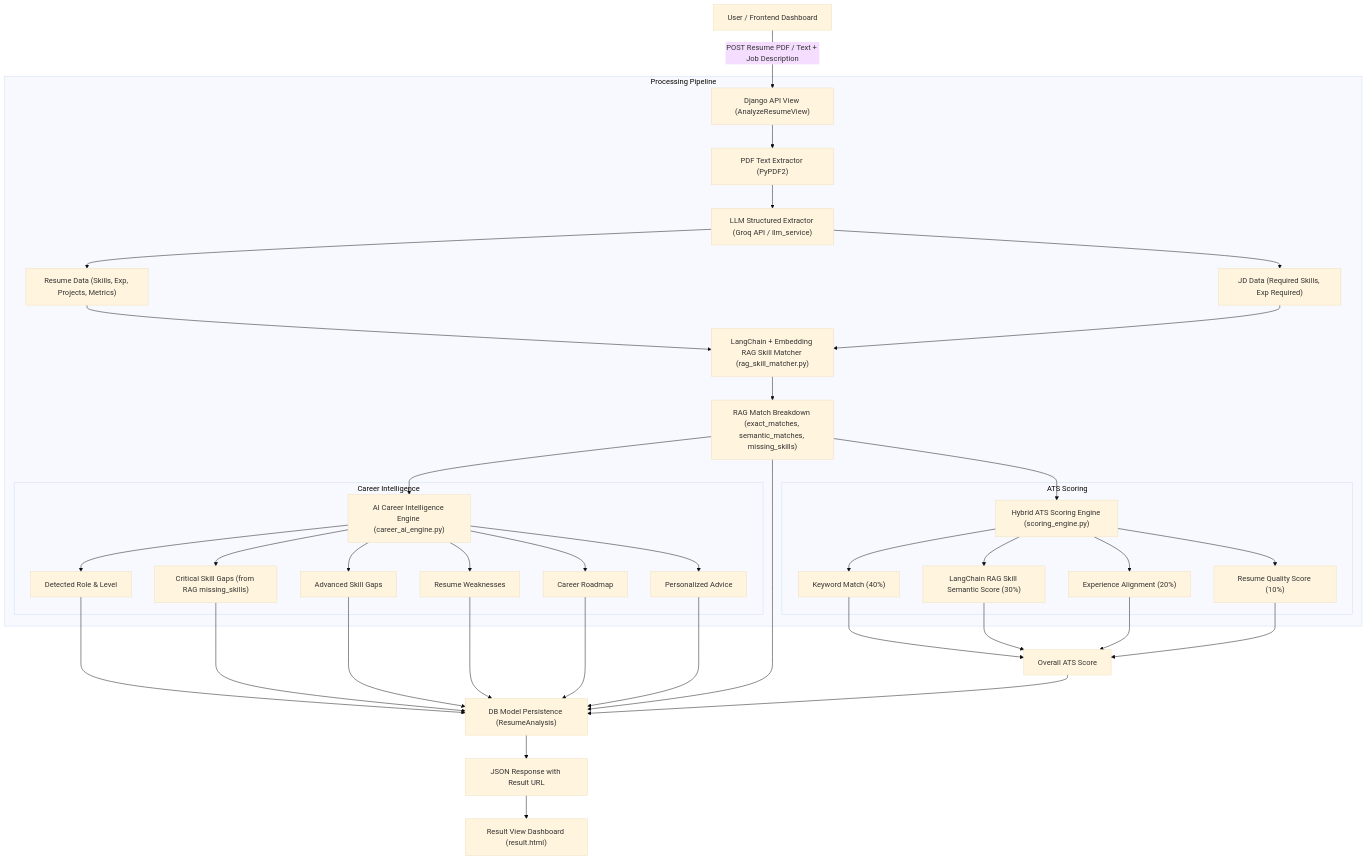
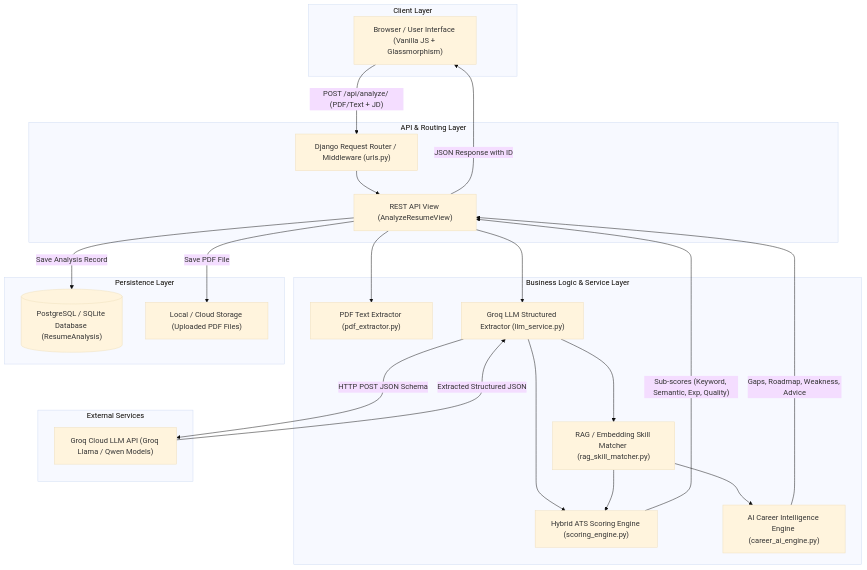
Before and after one commit to Neminath-jain/ResumeIQ: the first of 2 diagrams in ARCHITECTURE.md, drawn with Mermaid (base theme). The commit also changed other lines of this file and 17 other files, not shown here.

Commit message:
fix: LLM JSON parsing, database fallback, user registration error, and add email/username login backend

````diff
--- a/ARCHITECTURE.md
+++ b/ARCHITECTURE.md
@@ -15,41 +47,47 @@
 ```mermaid
 flowchart TD
-    A["User / Frontend Dashboard"] -->|"POST Resume PDF / Text + Job Description"| B["Django API View (AnalyzeResumeView)"]
+    subgraph Client Layer
+        U["Browser / User Interface (Vanilla JS + Glassmorphism)"]
+    end
+
+    subgraph API & Routing Layer
+        R["Django Request Router / Middleware (urls.py)"]
+        V["REST API View (AnalyzeResumeView)"]
+        R --> V
+    end
+
+    subgraph Business Logic & Service Layer
+        P["PDF Text Extractor (pdf_extractor.py)"]
+        L["Groq LLM Structured Extractor (llm_service.py)"]
+        RAG["RAG / Embedding Skill Matcher (rag_skill_matcher.py)"]
+        S["Hybrid ATS Scoring Engine (scoring_engine.py)"]
+        C["AI Career Intelligence Engine (career_ai_engine.py)"]
+    end
+
+    subgraph Persistence Layer
+        DB[("PostgreSQL / SQLite Database (ResumeAnalysis)")]
+        FS["Local / Cloud Storage (Uploaded PDF Files)"]
+    end
+
+    subgraph External Services
+        GROQ["Groq Cloud LLM API (Groq Llama / Qwen Models)"]
+    end
+
+    U -->|"POST /api/analyze/ (PDF/Text + JD)"| R
+    V --> P
+    V --> L
+    L -->|"HTTP POST JSON Schema"| GROQ
+    GROQ -->|"Extracted Structured JSON"| L
     
-    subgraph Processing Pipeline
-        B --> C["PDF Text Extractor (PyPDF2)"]
-        C --> D["LLM Structured Extractor (Groq API / llm_service)"]
-        
-        D --> E1["Resume Data (Skills, Exp, Projects, Metrics)"]
-        D --> E2["JD Data (Required Skills, Exp Required)"]
-        
-        E1 & E2 --> RAG["LangChain + Embedding RAG Skill Matcher (rag_skill_matcher.py)"]
-        RAG --> RAG_OUT["RAG Match Breakdown (exact_matches, semantic_matches, missing_skills)"]
-        
-        RAG_OUT --> F["Hybrid ATS Scoring Engine (scoring_engine.py)"]
-        RAG_OUT --> G["AI Career Intelligence Engine (career_ai_engine.py)"]
-        
-        subgraph ATS Scoring
-            F --> F1["Keyword Match (40%)"]
-            F --> F2["LangChain RAG Skill Semantic Score (30%)"]
-            F --> F3["Experience Alignment (20%)"]
-            F --> F4["Resume Quality Score (10%)"]
-        end
-        
-        subgraph Career Intelligence
-            G --> G1["Detected Role & Level"]
-            G --> G2["Critical Skill Gaps (from RAG missing_skills)"]
-            G --> G3["Advanced Skill Gaps"]
-            G --> G4["Resume Weaknesses"]
-            G --> G5["Career Roadmap"]
-            G --> G6["Personalized Advice"]
-        end
-    end
+    L --> RAG
+    L --> S
+    RAG --> S
+    RAG --> C
     
-    F1 & F2 & F3 & F4 --> H["Overall ATS Score"]
-    G1 & G2 & G3 & G4 & G5 & G6 & RAG_OUT --> I["DB Model Persistence (ResumeAnalysis)"]
-    H --> I
+    S -->|"Sub-scores (Keyword, Semantic, Exp, Quality)"| V
+    C -->|"Gaps, Roadmap, Weakness, Advice"| V
     
-    I --> J["JSON Response with Result URL"]
-    J --> K["Result View Dashboard (result.html)"]
+    V -->|"Save Analysis Record"| DB
+    V -->|"Save PDF File"| FS
+    V -->|"JSON Response with ID"| U
 ```
````
